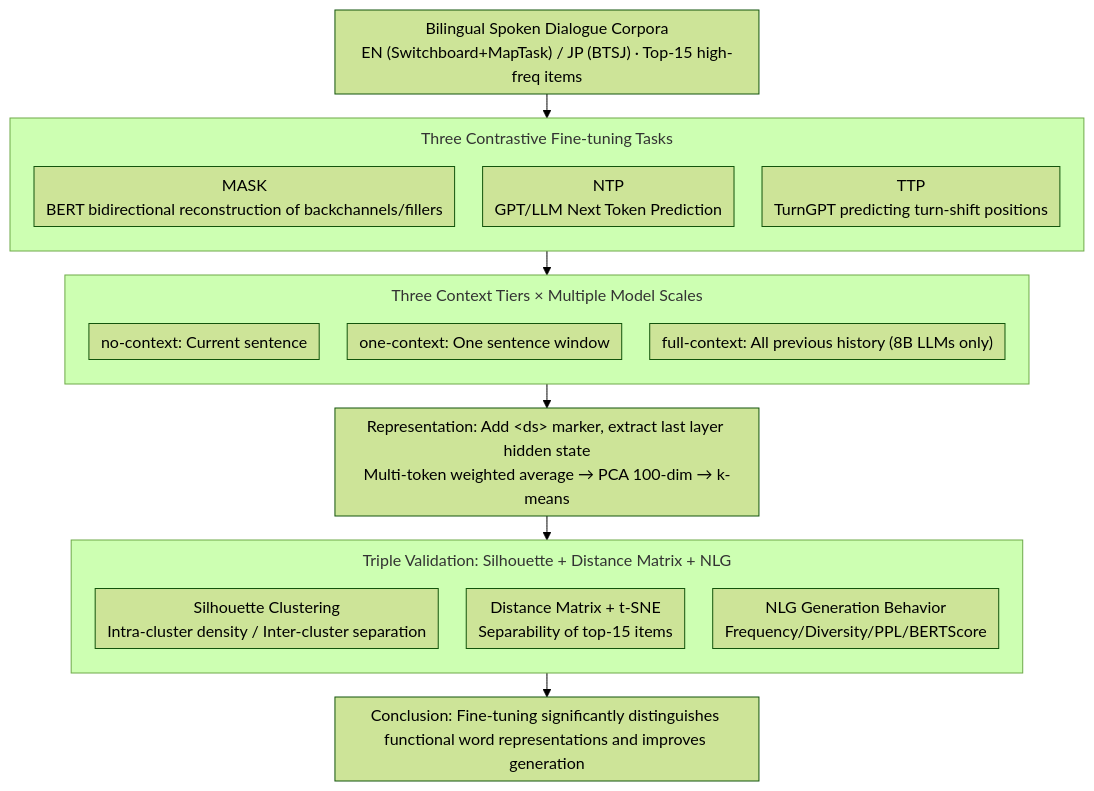
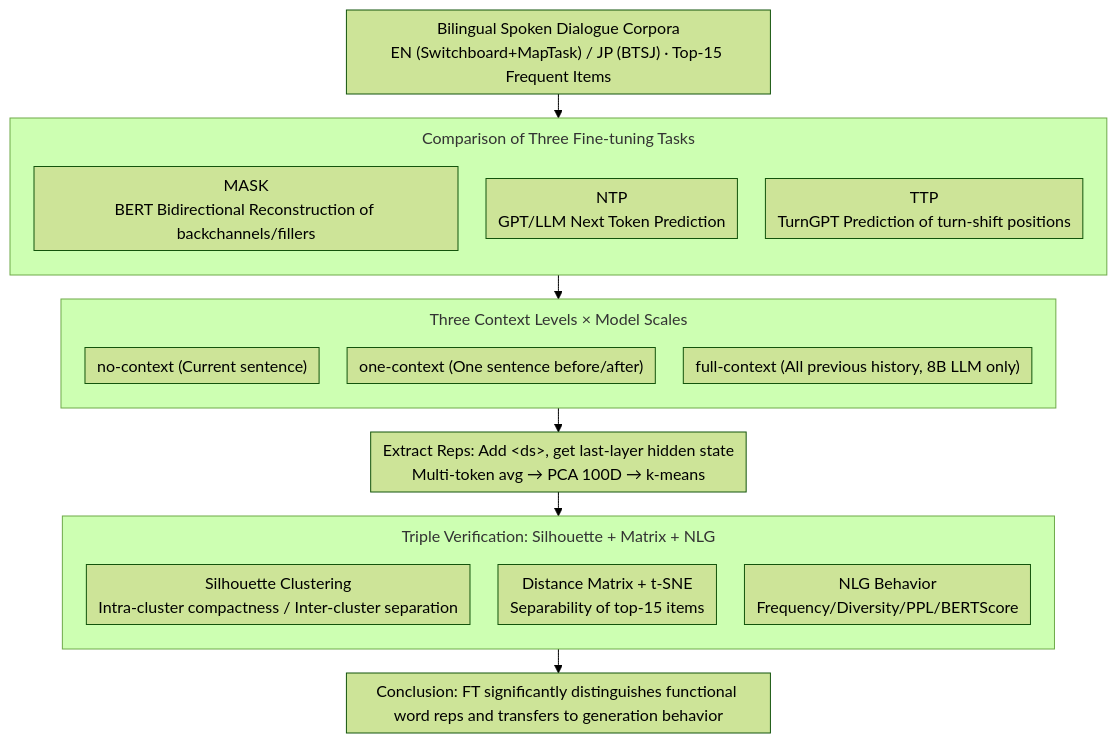
Before and after one commit to zhaoyang97/Paper-Notes-en: the diagram in docs/ACL2026/nlp_generation/investigating_the_representation_of_backchannels_and_fillers_in_fine-tuned_langu.md, drawn with Mermaid (forest theme). The commit also changed other lines of this file and 5084 other files, not shown here.

````diff
--- a/docs/ACL2026/nlp_generation/investigating_the_representation_of_backchannels_and_fillers_in_fine-tuned_langu.md
+++ b/docs/ACL2026/nlp_generation/investigating_the_representation_of_backchannels_and_fillers_in_fine-tuned_langu.md
@@ -51,28 +51,28 @@
 ```mermaid
 %%{init: {'flowchart': {'rankSpacing': 24, 'nodeSpacing': 28, 'padding': 6, 'wrappingWidth': 400, 'subGraphTitleMargin': {'top': 8, 'bottom': 16}}}}%%
 flowchart TD
-    A["Bilingual Spoken Dialogue Corpora<br/>EN (Switchboard+MapTask) / JP (BTSJ) · Top-15 high-freq items"]
+    A["Bilingual Spoken Dialogue Corpora<br/>EN (Switchboard+MapTask) / JP (BTSJ) · Top-15 Frequent Items"]
     A --> FT
-    subgraph FT["Three Contrastive Fine-tuning Tasks"]
+    subgraph FT["Comparison of Three Fine-tuning Tasks"]
         direction TB
-        M["MASK<br/>BERT bidirectional reconstruction of backchannels/fillers"]
+        M["MASK<br/>BERT Bidirectional Reconstruction of backchannels/fillers"]
         N["NTP<br/>GPT/LLM Next Token Prediction"]
-        T["TTP<br/>TurnGPT predicting turn-shift positions"]
+        T["TTP<br/>TurnGPT Prediction of turn-shift positions"]
     end
     FT --> CTX
-    subgraph CTX["Three Context Tiers × Multiple Model Scales"]
+    subgraph CTX["Three Context Levels × Model Scales"]
         direction TB
-        C0["no-context: Current sentence"]
-        C1["one-context: One sentence window"]
-        C2["full-context: All previous history (8B LLMs only)"]
+        C0["no-context (Current sentence)"]
+        C1["one-context (One sentence before/after)"]
+        C2["full-context (All previous history, 8B LLM only)"]
     end
-    CTX --> R["Representation: Add &lt;ds&gt; marker, extract last layer hidden state<br/>Multi-token weighted average → PCA 100-dim → k-means"]
+    CTX --> R["Extract Reps: Add &lt;ds&gt;, get last-layer hidden state<br/>Multi-token avg → PCA 100D → k-means"]
     R --> EVAL
-    subgraph EVAL["Triple Validation: Silhouette + Distance Matrix + NLG"]
+    subgraph EVAL["Triple Verification: Silhouette + Matrix + NLG"]
         direction TB
-        S["Silhouette Clustering<br/>Intra-cluster density / Inter-cluster separation"]
+        S["Silhouette Clustering<br/>Intra-cluster compactness / Inter-cluster separation"]
         D["Distance Matrix + t-SNE<br/>Separability of top-15 items"]
-        G["NLG Generation Behavior<br/>Frequency/Diversity/PPL/BERTScore"]
+        G["NLG Behavior<br/>Frequency/Diversity/PPL/BERTScore"]
     end
-    EVAL --> O["Conclusion: Fine-tuning significantly distinguishes functional word representations and improves generation"]
+    EVAL --> O["Conclusion: FT significantly distinguishes functional word reps and transfers to generation behavior"]
 ```
````
